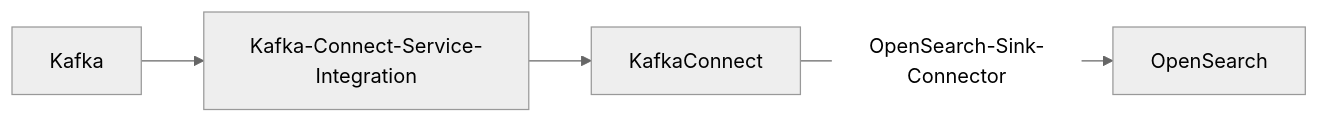
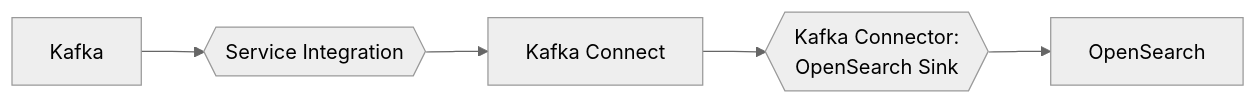
One commit to aiven/devportal changed the diagram in docs/tools/terraform/cookbook/kafka-connect-terraform-recipe.rst. Above: the diagram before and after it, drawn with Mermaid (neutral theme). The commit also changed other lines of this file, not shown here.

Commit message:
Changes based on review comments.

```diff
--- a/docs/tools/terraform/cookbook/kafka-connect-terraform-recipe.rst
+++ b/docs/tools/terraform/cookbook/kafka-connect-terraform-recipe.rst
@@ -10,5 +10,9 @@
 .. mermaid::
 
-    flowchart LR
-        Kafka --> Kafka-Connect-Service-Integration --> KafkaConnect
-        KafkaConnect --> | OpenSearch-Sink-Connector | OpenSearch
+   flowchart LR
+      kafka[Kafka]
+      sikafka{{Service Integration}}
+      kconn[Kafka Connect]
+      kcopensearch{{Kafka Connector:<br /> OpenSearch Sink}}
+      opensearch[OpenSearch]
+      kafka --> sikafka --> kconn --> kcopensearch --> opensearch
```
